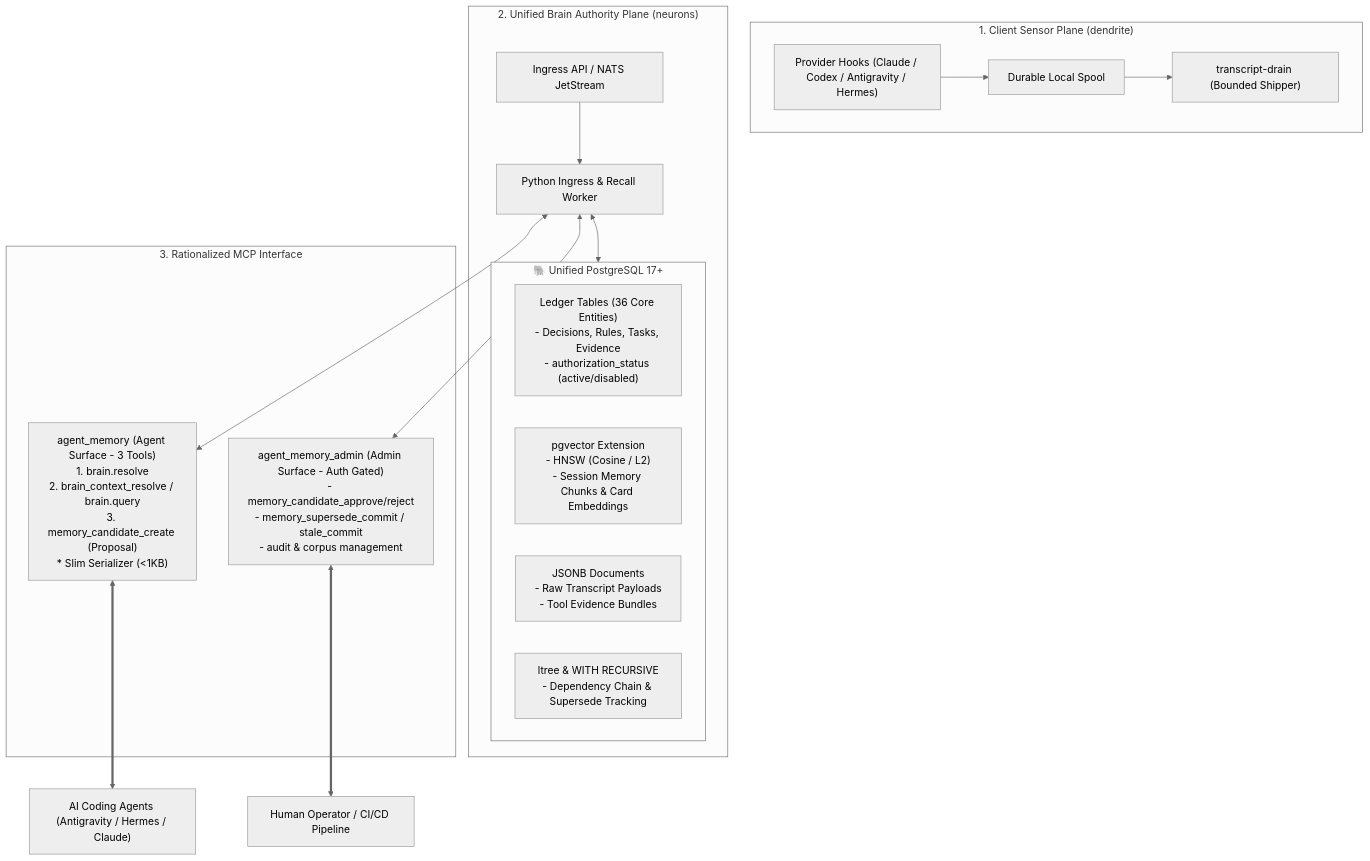
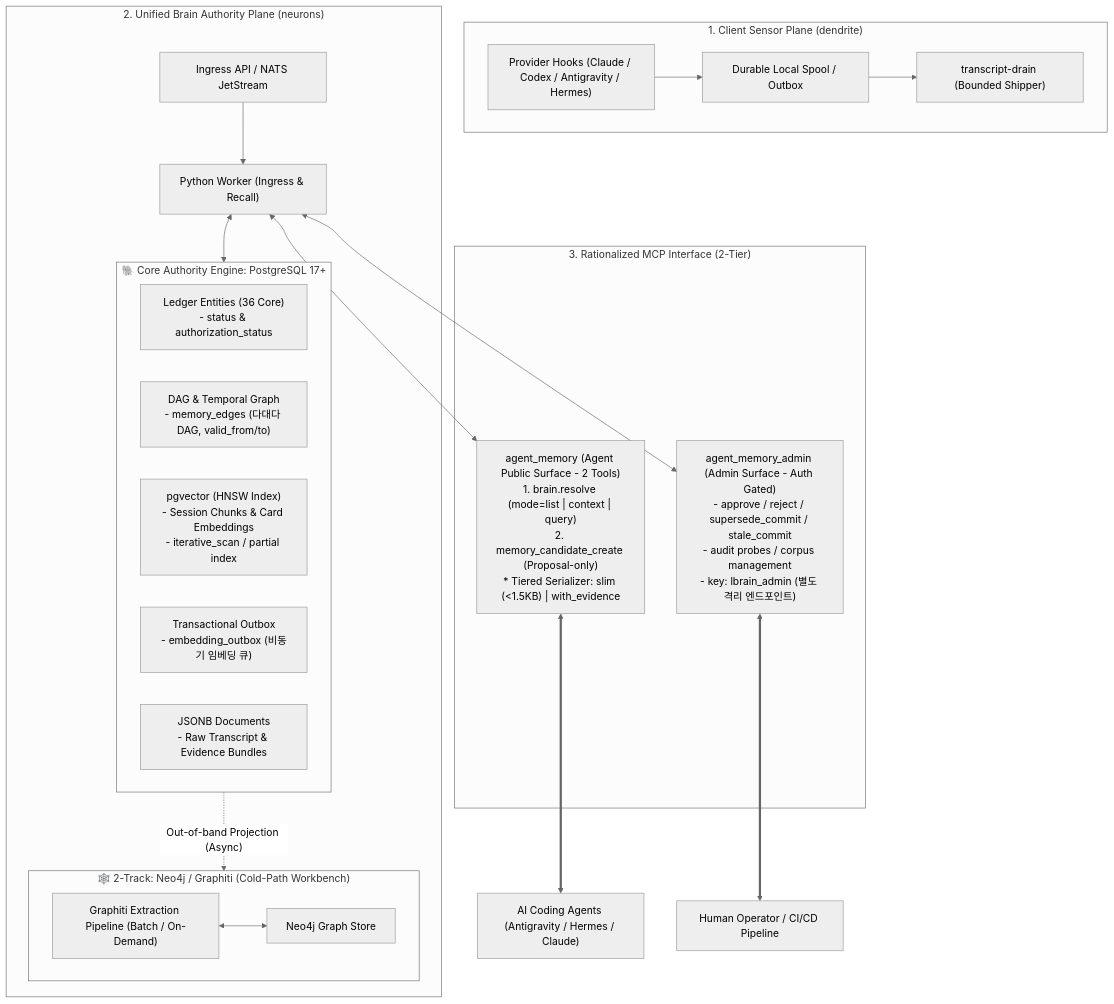
Before and after one commit to pureliture/neurons: the diagram in specs/lbrain-architecture-rationalization/design.md, drawn with Mermaid (neutral theme). The commit also changed other lines of this file and 1 other file, not shown here.

First line of the commit message:
docs(spec): revise LBrain rationalization spec based on peer review and user decisions

````diff
--- a/specs/lbrain-architecture-rationalization/design.md
+++ b/specs/lbrain-architecture-rationalization/design.md
@@ -11,49 +11,55 @@
 ```mermaid
 flowchart TB
     subgraph ClientPlane ["1. Client Sensor Plane (dendrite)"]
         Hook["Provider Hooks (Claude / Codex / Antigravity / Hermes)"]
-        Spool["Durable Local Spool"]
+        Spool["Durable Local Spool / Outbox"]
         Drain["transcript-drain (Bounded Shipper)"]
         Hook --> Spool --> Drain
     end
 
     subgraph ServerPlane ["2. Unified Brain Authority Plane (neurons)"]
         Ingress["Ingress API / NATS JetStream"]
-        Worker["Python Ingress & Recall Worker"]
+        Worker["Python Worker (Ingress & Recall)"]
         
-        subgraph PostgresStorage ["🐘 Unified PostgreSQL 17+"]
-            Relational["Ledger Tables (36 Core Entities)
-- Decisions, Rules, Tasks, Evidence
-- authorization_status (active/disabled)"]
-            PgVector["pgvector Extension
-- HNSW (Cosine / L2)
-- Session Memory Chunks & Card Embeddings"]
+        subgraph PostgresStorage ["🐘 Core Authority Engine: PostgreSQL 17+"]
+            Relational["Ledger Entities (36 Core)
+- status & authorization_status"]
+            Edges["DAG & Temporal Graph
+- memory_edges (다대다 DAG, valid_from/to)"]
+            PgVector["pgvector (HNSW Index)
+- Session Chunks & Card Embeddings
+- iterative_scan / partial index"]
+            Outbox["Transactional Outbox
+- embedding_outbox (비동기 임베딩 큐)"]
             JsonbStore["JSONB Documents
-- Raw Transcript Payloads
-- Tool Evidence Bundles"]
-            Hierarchy["ltree & WITH RECURSIVE
-- Dependency Chain & Supersede Tracking"]
+- Raw Transcript & Evidence Bundles"]
+        end
+
+        subgraph GraphWorkbench ["🕸️ 2-Track: Neo4j / Graphiti (Cold-Path Workbench)"]
+            Neo4j["Neo4j Graph Store"]
+            Graphiti["Graphiti Extraction Pipeline (Batch / On-Demand)"]
+            Graphiti <--> Neo4j
         end
 
         Ingress --> Worker
         Worker <--> PostgresStorage
+        PostgresStorage -. "Out-of-band Projection (Async)" .-> GraphWorkbench
     end
 
-    subgraph MCPSurface ["3. Rationalized MCP Interface"]
-        AgentMCP["agent_memory (Agent Surface - 3 Tools)
-1. brain.resolve
-2. brain_context_resolve / brain.query
-3. memory_candidate_create (Proposal)
-* Slim Serializer (<1KB)"]
+    subgraph MCPSurface ["3. Rationalized MCP Interface (2-Tier)"]
+        AgentMCP["agent_memory (Agent Public Surface - 2 Tools)
+1. brain.resolve (mode=list | context | query)
+2. memory_candidate_create (Proposal-only)
+* Tiered Serializer: slim (<1.5KB) | with_evidence"]
         
         AdminMCP["agent_memory_admin (Admin Surface - Auth Gated)
-- memory_candidate_approve/reject
-- memory_supersede_commit / stale_commit
-- audit & corpus management"]
+- approve / reject / supersede_commit / stale_commit
+- audit probes / corpus management
+- key: lbrain_admin (별도 격리 엔드포인트)"]
     end
 
     Worker <--> AgentMCP
     Worker <--> AdminMCP
     AgentMCP <==> CodingAgents["AI Coding Agents (Antigravity / Hermes / Claude)"]
     AdminMCP <==> Operator["Human Operator / CI/CD Pipeline"]
 ```
````
